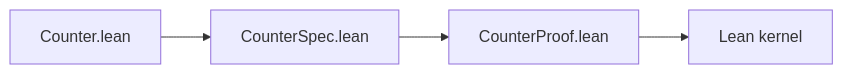
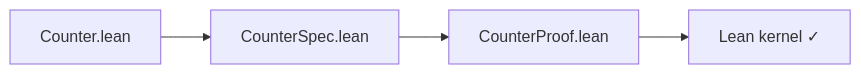
The first of 2 diagrams in lsc-spec.md (prevostc/lsc), drawn with Mermaid before and after one commit. The commit also changed other lines of this file and 1 other file, not shown here.

````diff
--- a/lsc-spec.md
+++ b/lsc-spec.md
@@ -28,9 +146,9 @@
 ```mermaid
 flowchart LR
   Contract[Counter.lean]
   Spec[CounterSpec.lean]
   Proof[CounterProof.lean]
   Contract --> Spec
   Spec --> Proof
-  Proof --> Kernel[Lean kernel]
+  Proof --> Kernel[Lean kernel ✓]
 ```
````
